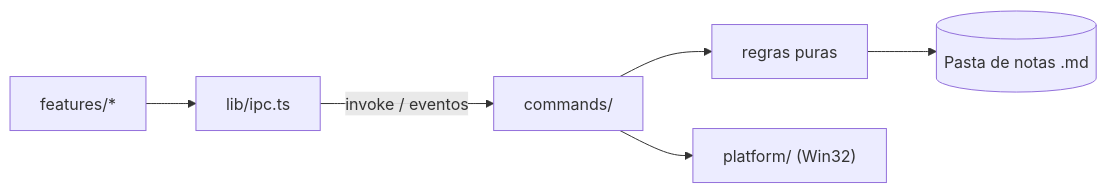
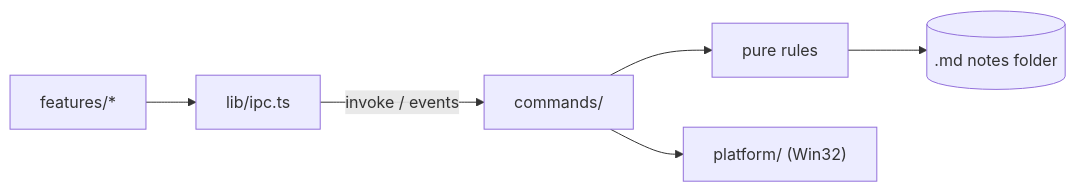
The diagram in docs/ARCHITECTURE.md (jeffono/docdock), drawn with Mermaid before and after one commit. The commit also changed other lines of this file and 14 other files, not shown here.

````diff
--- a/docs/ARCHITECTURE.md
+++ b/docs/ARCHITECTURE.md
@@ -33,8 +33,8 @@
 ```mermaid
 flowchart LR
   F["features/*"] --> IPC["lib/ipc.ts"]
-  IPC -- "invoke / eventos" --> C["commands/"]
-  C --> D["regras puras"]
+  IPC -- "invoke / events" --> C["commands/"]
+  C --> D["pure rules"]
   C --> P["platform/ (Win32)"]
-  D --> V[("Pasta de notas .md")]
+  D --> V[(".md notes folder")]
 ```
````
